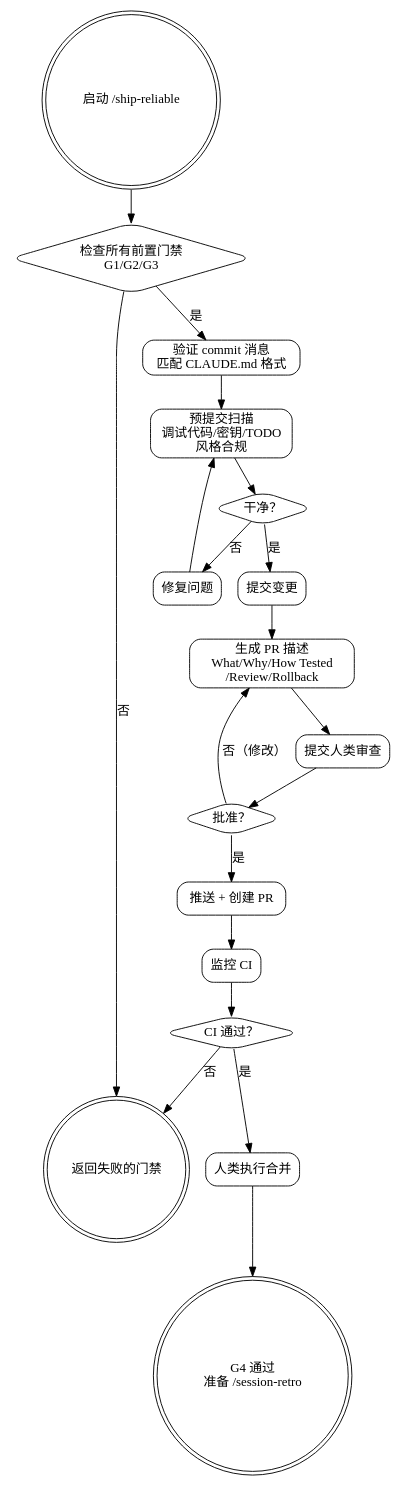
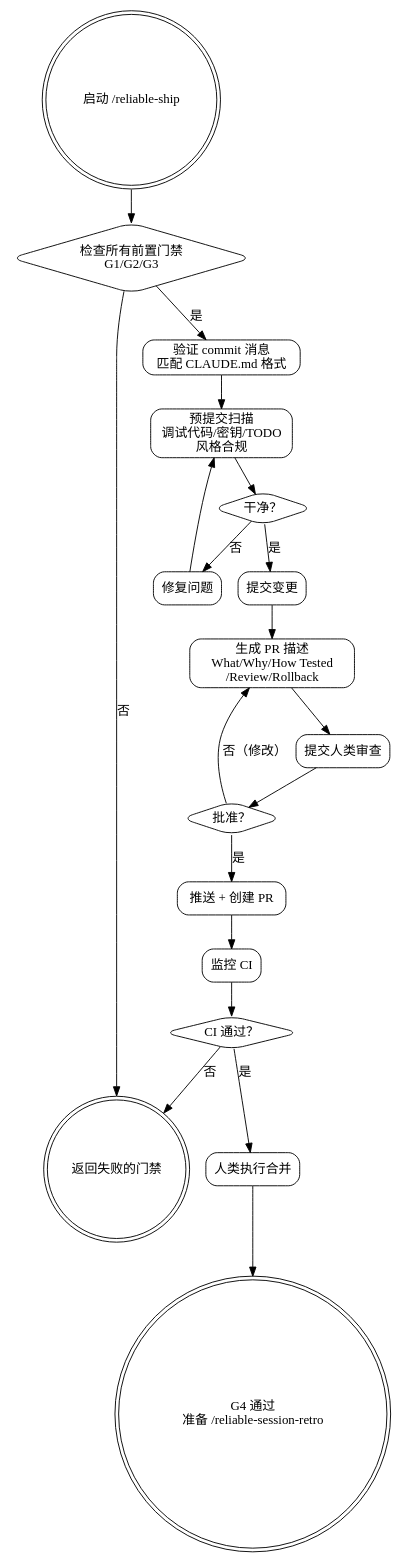
Before and after one commit to sueichen/reliable-agent: the diagram in skills/reliable-ship/SKILL.md, drawn with Graphviz. The commit also changed other lines of this file and 49 other files, not shown here.

````diff
--- a/skills/reliable-ship/SKILL.md
+++ b/skills/reliable-ship/SKILL.md
@@ -28,42 +28,42 @@
 ```dot
 digraph reliable_ship {
     rankdir=TB;
     node [shape=box, style=rounded];
 
-    start [label="启动 /ship-reliable", shape=doublecircle];
+    start [label="启动 /reliable-ship", shape=doublecircle];
     gate_check [label="检查所有前置门禁\nG1/G2/G3", shape=diamond];
     fail_gate [label="返回失败的门禁", shape=doublecircle];
     validate_commits [label="验证 commit 消息\n匹配 CLAUDE.md 格式"];
     precommit_scan [label="预提交扫描\n调试代码/密钥/TODO\n风格合规"];
     clean [label="干净？", shape=diamond];
     fix_issues [label="修复问题"];
     commit [label="提交变更"];
     generate_pr [label="生成 PR 描述\nWhat/Why/How Tested\n/Review/Rollback"];
     present [label="提交人类审查"];
     approved [label="批准？", shape=diamond];
     push_pr [label="推送 + 创建 PR"];
     monitor_ci [label="监控 CI"];
     ci_pass [label="CI 通过？", shape=diamond];
     human_merge [label="人类执行合并"];
-    done [label="G4 通过\n准备 /session-retro", shape=doublecircle];
+    done [label="G4 通过\n准备 /reliable-session-retro", shape=doublecircle];
 
     start -> gate_check;
     gate_check -> fail_gate [label="否"];
     gate_check -> validate_commits [label="是"];
     validate_commits -> precommit_scan;
     precommit_scan -> clean;
     clean -> fix_issues [label="否"];
     fix_issues -> precommit_scan;
     clean -> commit [label="是"];
     commit -> generate_pr;
     generate_pr -> present;
     present -> approved;
     approved -> generate_pr [label="否（修改）"];
     approved -> push_pr [label="是"];
     push_pr -> monitor_ci;
     monitor_ci -> ci_pass;
     ci_pass -> fail_gate [label="否"];
     ci_pass -> human_merge [label="是"];
     human_merge -> done;
 }
 ```
````
